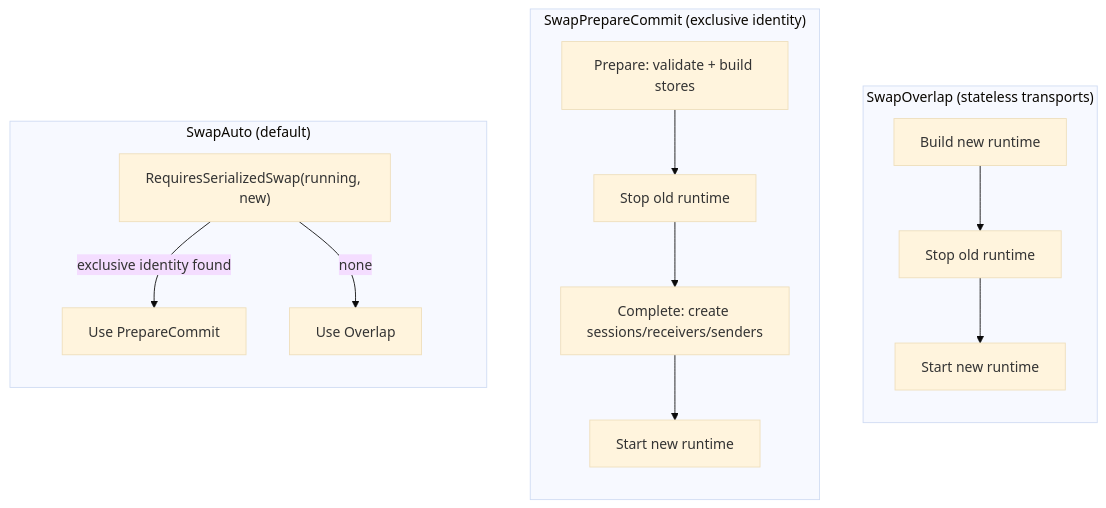
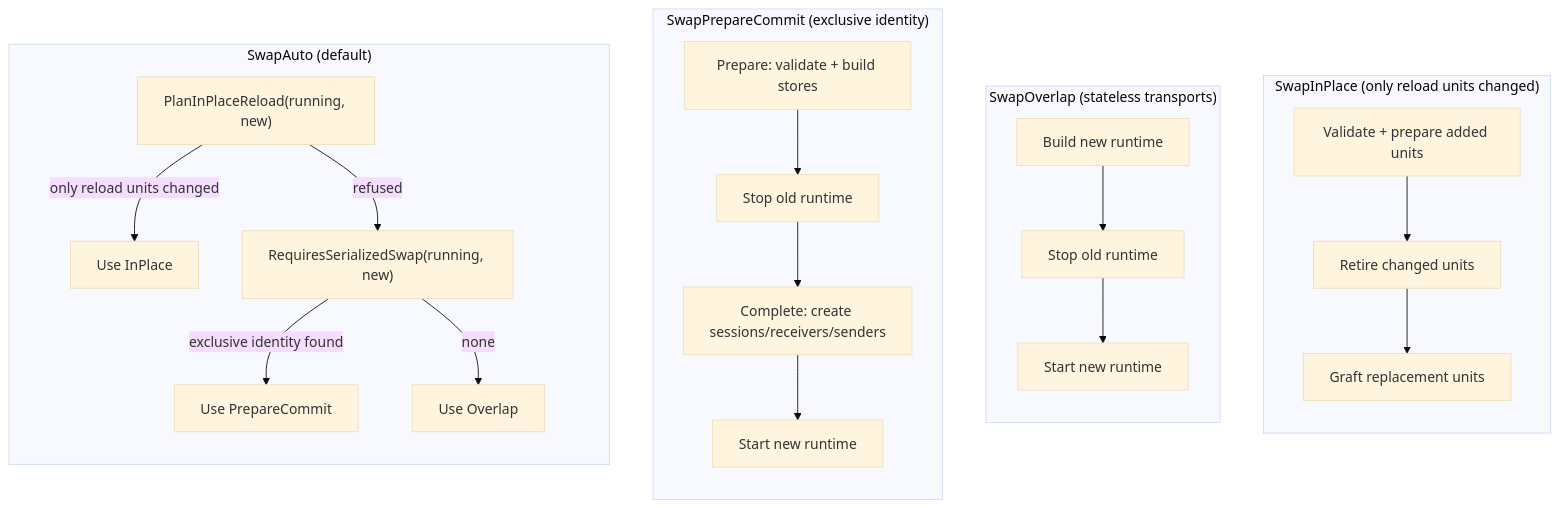
The second of 3 diagrams in docs/scenarios/10-dynamic-reconfiguration.md (mariotoffia/gobridge), drawn with Mermaid (base theme) before and after one commit. The commit also changed other lines of this file and 16 other files, not shown here.

First line of the commit message:
docs: describe in-place reload by reload unit

````diff
--- a/docs/scenarios/10-dynamic-reconfiguration.md
+++ b/docs/scenarios/10-dynamic-reconfiguration.md
@@ -203,22 +241,30 @@
 ```mermaid
 flowchart TD
+    subgraph SwapInPlace ["SwapInPlace (only reload units changed)"]
+        direction TB
+        I1["Validate + prepare added units"] --> I2["Retire changed units"]
+        I2 --> I3["Graft replacement units"]
+    end
+
     subgraph SwapOverlap ["SwapOverlap (stateless transports)"]
         direction TB
         O1["Build new runtime"] --> O2["Stop old runtime"]
         O2 --> O3["Start new runtime"]
     end
 
     subgraph SwapPrepareCommit ["SwapPrepareCommit (exclusive identity)"]
         direction TB
         P1["Prepare: validate + build stores"] --> P2["Stop old runtime"]
         P2 --> P3["Complete: create sessions/receivers/senders"]
         P3 --> P4["Start new runtime"]
     end
 
     subgraph SwapAuto ["SwapAuto (default)"]
         direction TB
-        A1["RequiresSerializedSwap(running, new)"]
+        A0["PlanInPlaceReload(running, new)"]
+        A0 -->|"only reload units changed"| A4["Use InPlace"]
+        A0 -->|"refused"| A1["RequiresSerializedSwap(running, new)"]
         A1 -->|"exclusive identity found"| A2["Use PrepareCommit"]
         A1 -->|"none"| A3["Use Overlap"]
     end
 ```
````
